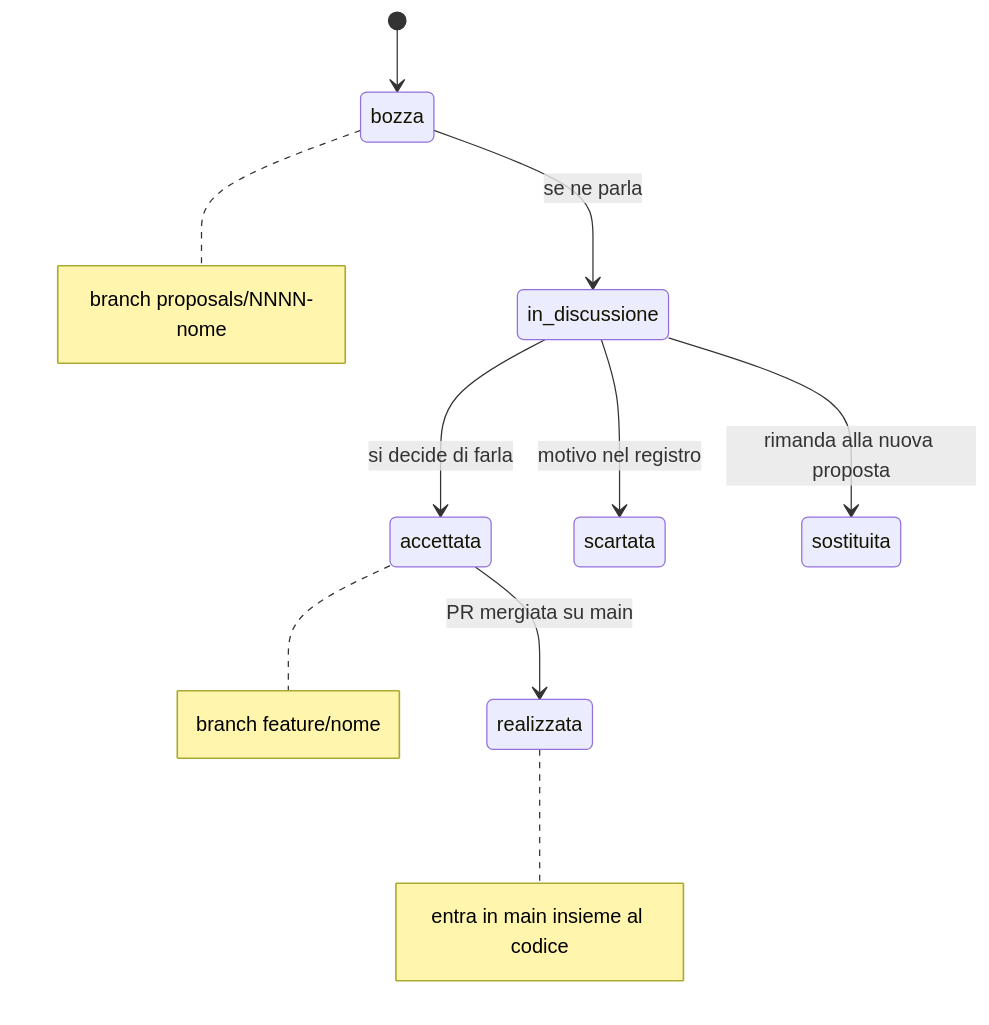
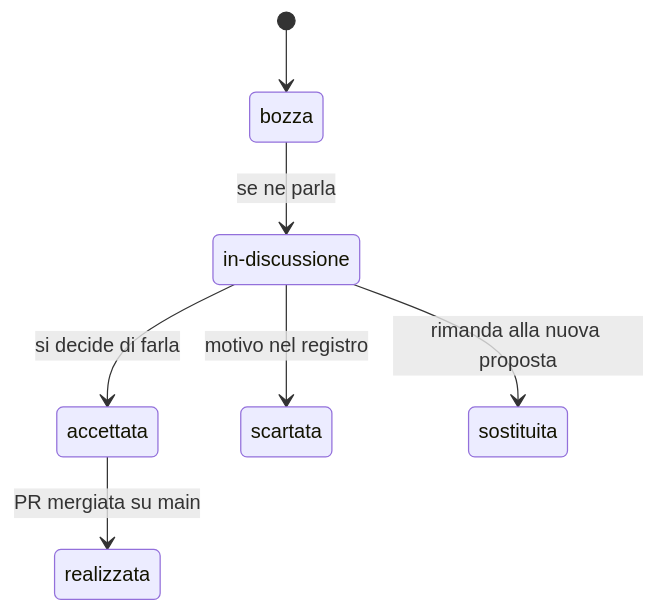
Before and after one commit to pierfi/taper: the third of 4 diagrams in docs/statuto-ia.md, drawn with Mermaid. The commit also changed other lines of this file and 4 other files, not shown here.

Commit message:
TPR-002: Merge the workflow guide into the charter guide and align the rules

````diff
--- a/docs/statuto-ia.md
+++ b/docs/statuto-ia.md
@@ -94,18 +115,10 @@
 ```mermaid
 stateDiagram-v2
     [*] --> bozza
+    state "in-discussione" as in_discussione
     bozza --> in_discussione: se ne parla
     in_discussione --> accettata: si decide di farla
     accettata --> realizzata: PR mergiata su main
     in_discussione --> scartata: motivo nel registro
     in_discussione --> sostituita: rimanda alla nuova proposta
-    note right of bozza
-        branch proposals/NNNN-nome
-    end note
-    note right of accettata
-        branch feature/nome
-    end note
-    note right of realizzata
-        entra in main insieme al codice
-    end note
 ```
````
